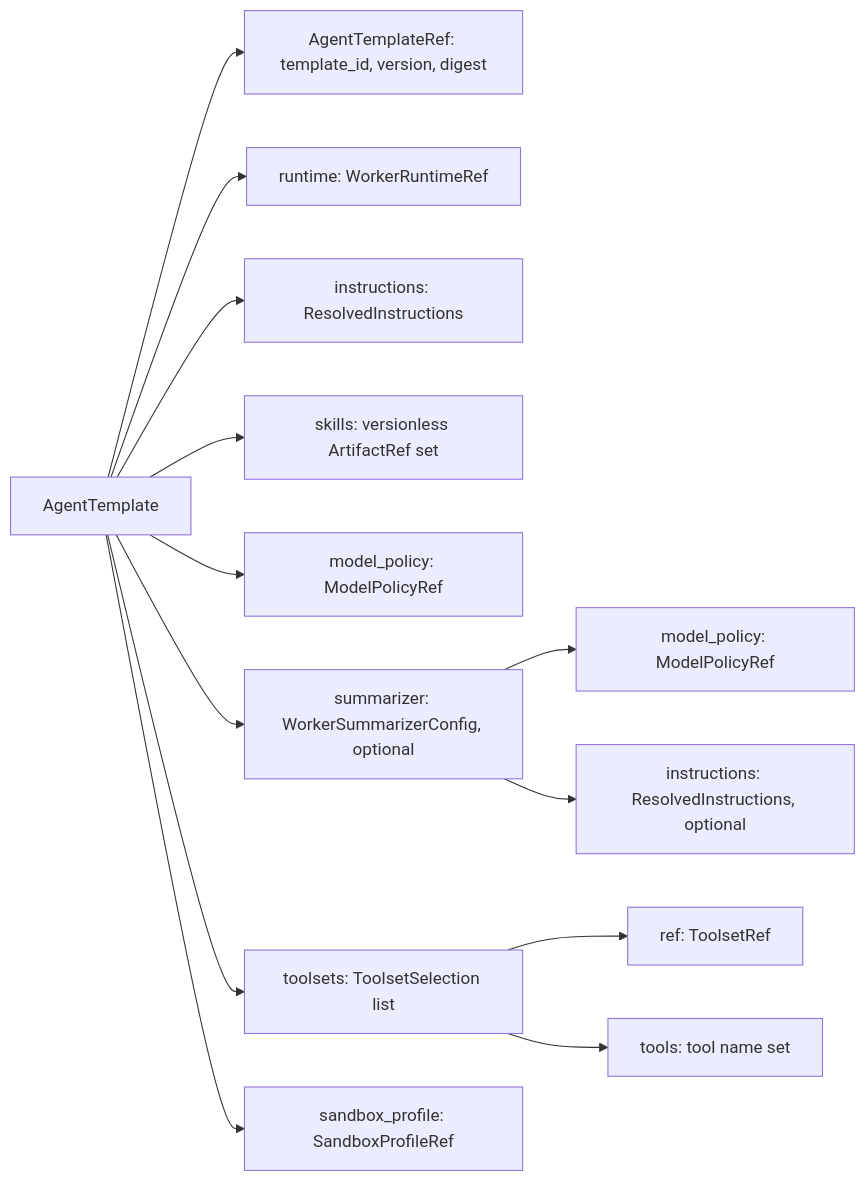
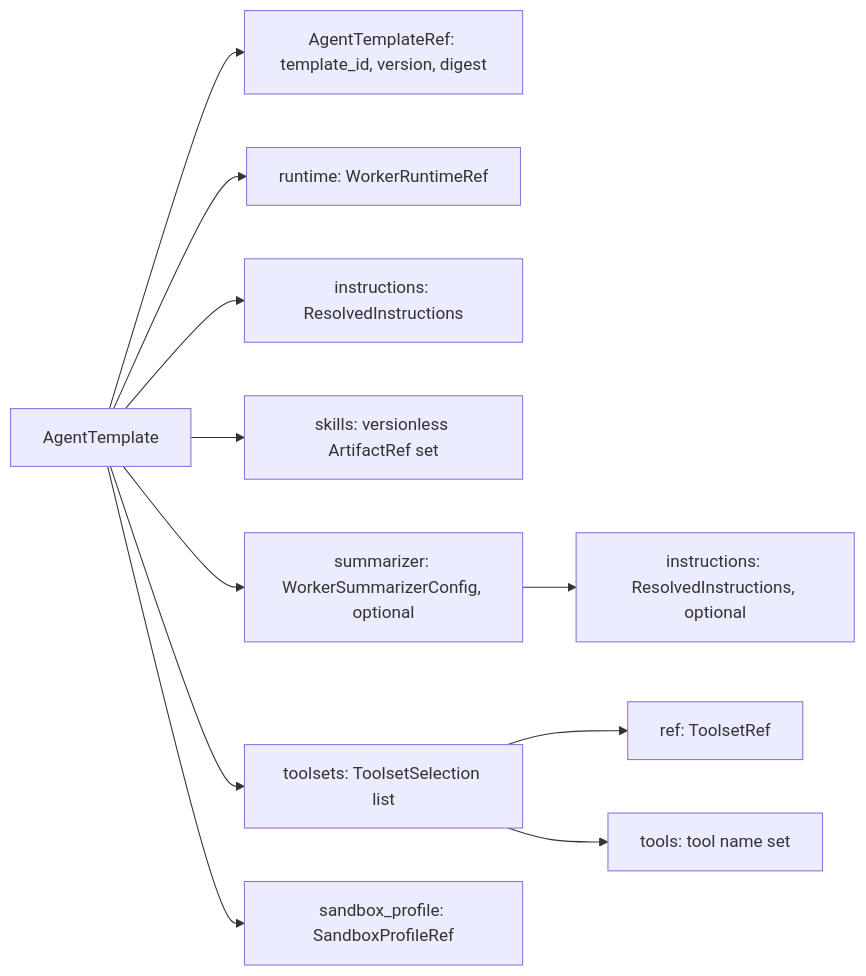
One commit to grauwolf32/contractor changed the first of 2 diagrams in docs/spec/configuration/agent-templates.md. Above: the diagram before and after it, drawn with Mermaid. The commit also changed other lines of this file and 292 other files, not shown here.

````diff
--- a/docs/spec/configuration/agent-templates.md
+++ b/docs/spec/configuration/agent-templates.md
@@ -169,15 +167,13 @@
 ```mermaid
 flowchart LR
     T["AgentTemplate"] --> R["AgentTemplateRef: template_id, version, digest"]
     T --> RT["runtime: WorkerRuntimeRef"]
     T --> I["instructions: ResolvedInstructions"]
     T --> SK["skills: versionless ArtifactRef set"]
-    T --> MP["model_policy: ModelPolicyRef"]
     T --> SU["summarizer: WorkerSummarizerConfig, optional"]
-    SU --> SMP["model_policy: ModelPolicyRef"]
     SU --> SI["instructions: ResolvedInstructions, optional"]
     T --> TS["toolsets: ToolsetSelection list"]
     TS --> TR["ref: ToolsetRef"]
     TS --> TT["tools: tool name set"]
     T --> SB["sandbox_profile: SandboxProfileRef"]
 ```
````
